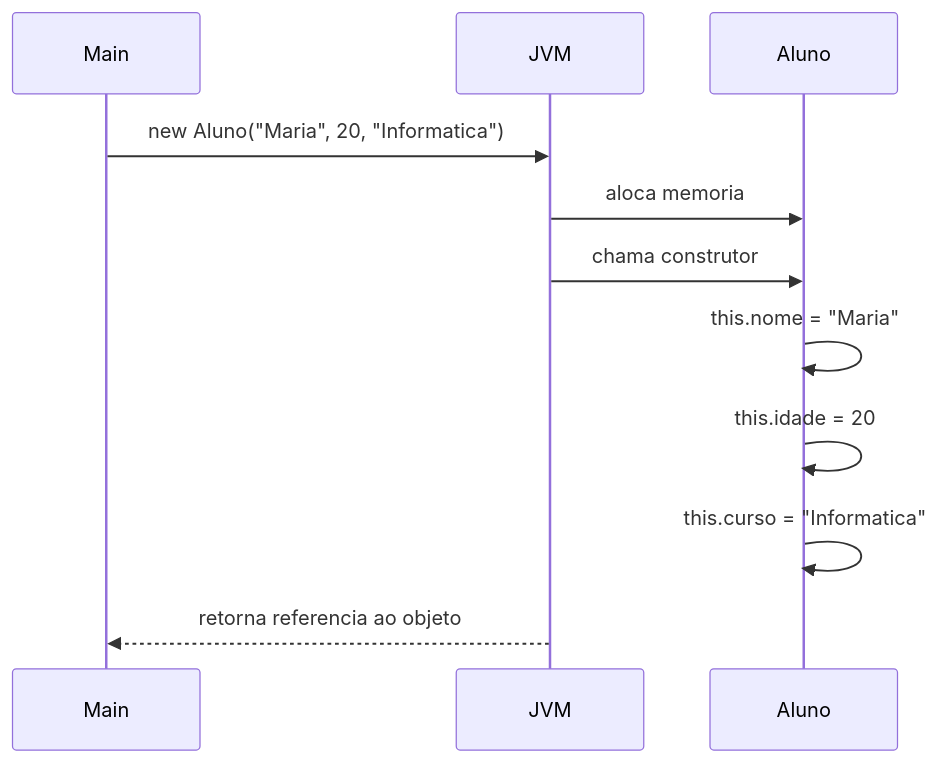
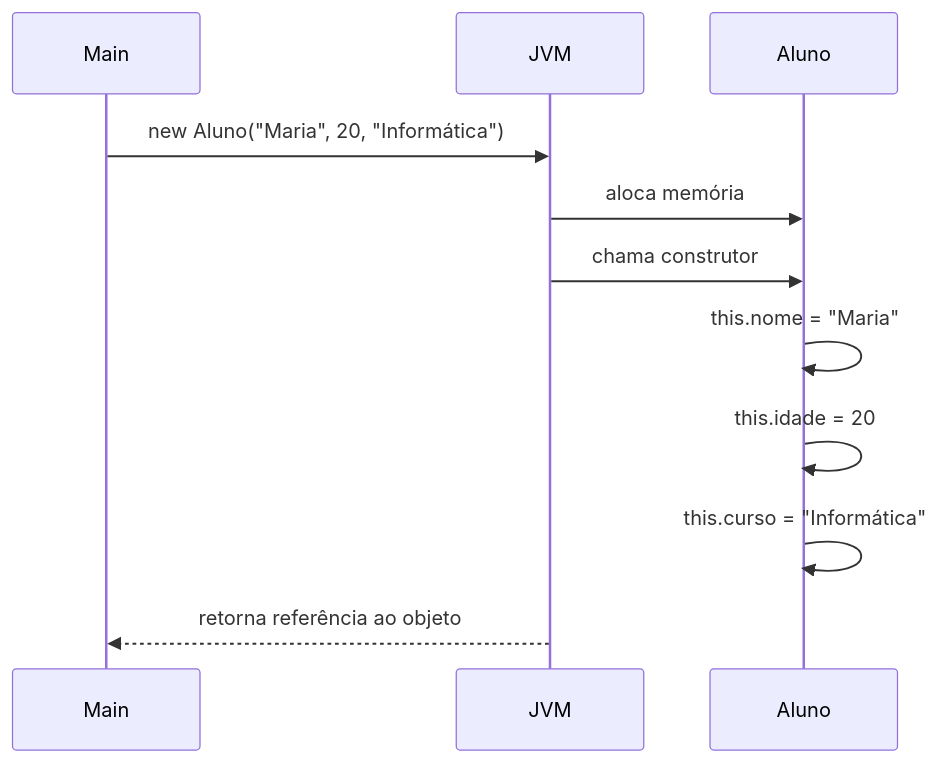
One commit to adrianohmf/POO-com-Java-25LTS changed the diagram in capitulos/05-construtores/README.md. Above: the diagram before and after it, drawn with Mermaid. The commit also changed other lines of this file and 105 other files, not shown here.

````diff
--- a/capitulos/05-construtores/README.md
+++ b/capitulos/05-construtores/README.md
@@ -35,13 +35,13 @@
 ```mermaid
 sequenceDiagram
     participant Main
     participant JVM
     participant Aluno
-    Main->>JVM: new Aluno("Maria", 20, "Informatica")
-    JVM->>Aluno: aloca memoria
+    Main->>JVM: new Aluno("Maria", 20, "Informática")
+    JVM->>Aluno: aloca memória
     JVM->>Aluno: chama construtor
     Aluno->>Aluno: this.nome = "Maria"
     Aluno->>Aluno: this.idade = 20
-    Aluno->>Aluno: this.curso = "Informatica"
-    JVM-->>Main: retorna referencia ao objeto
+    Aluno->>Aluno: this.curso = "Informática"
+    JVM-->>Main: retorna referência ao objeto
 ```
````
